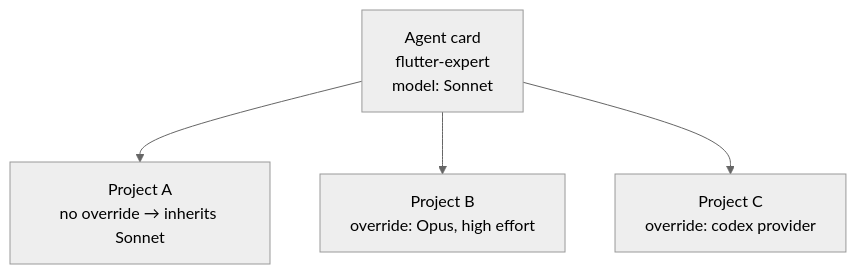
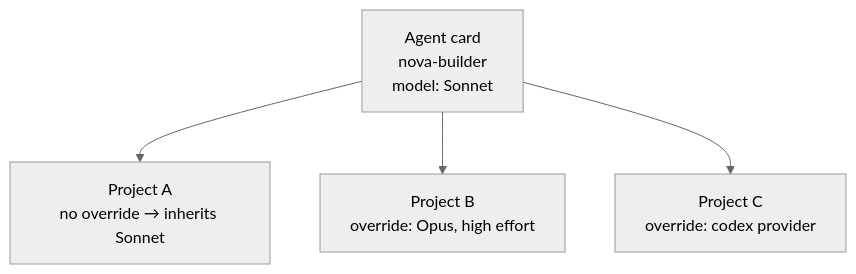
The third of 4 diagrams in docs/product/05-multiple-projects.md (JhonaCodes/keel-ui), drawn with Mermaid (neutral theme) before and after one commit. The commit also changed other lines of this file and 178 other files, not shown here.

````diff
--- a/docs/product/05-multiple-projects.md
+++ b/docs/product/05-multiple-projects.md
@@ -74,6 +74,6 @@
 ```mermaid
 flowchart TD
-    Ficha["Agent card<br>flutter-expert<br>model: Sonnet"] --> ProyA["Project A<br>no override → inherits Sonnet"]
+    Ficha["Agent card<br>nova-builder<br>model: Sonnet"] --> ProyA["Project A<br>no override → inherits Sonnet"]
     Ficha --> ProyB["Project B<br>override: Opus, high effort"]
     Ficha --> ProyC["Project C<br>override: codex provider"]
 ```
````
